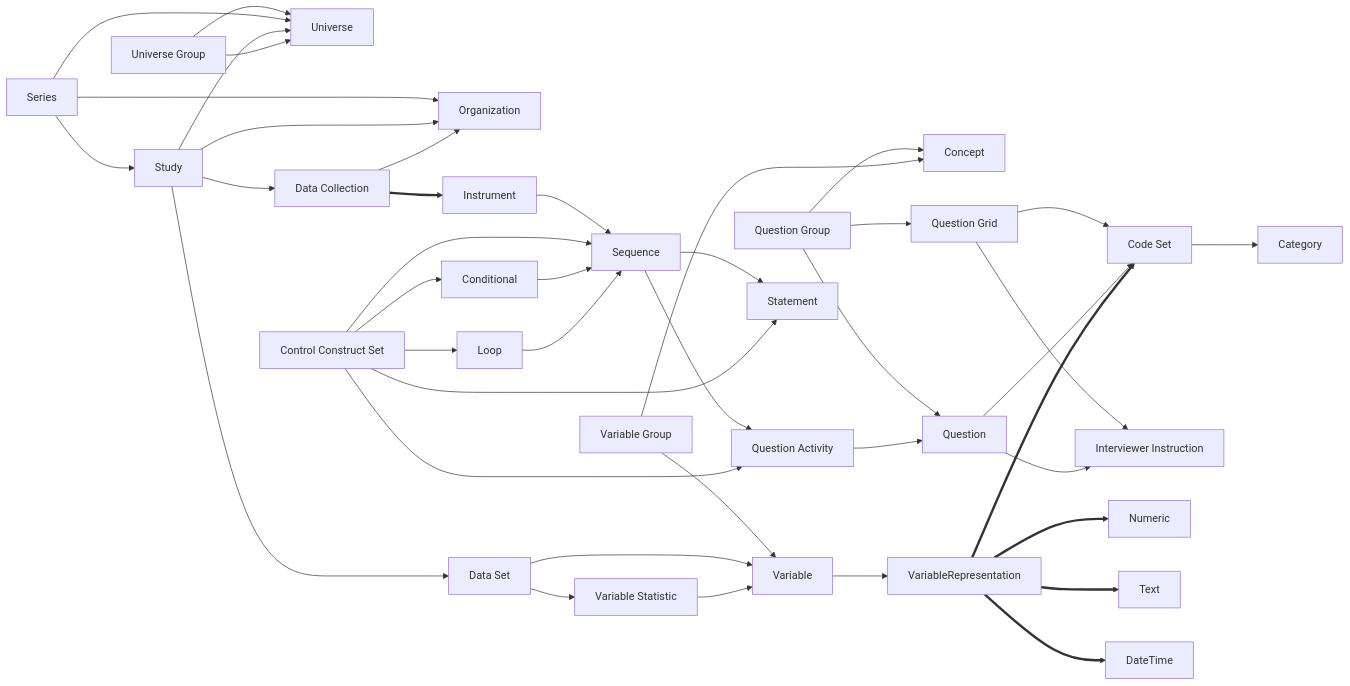
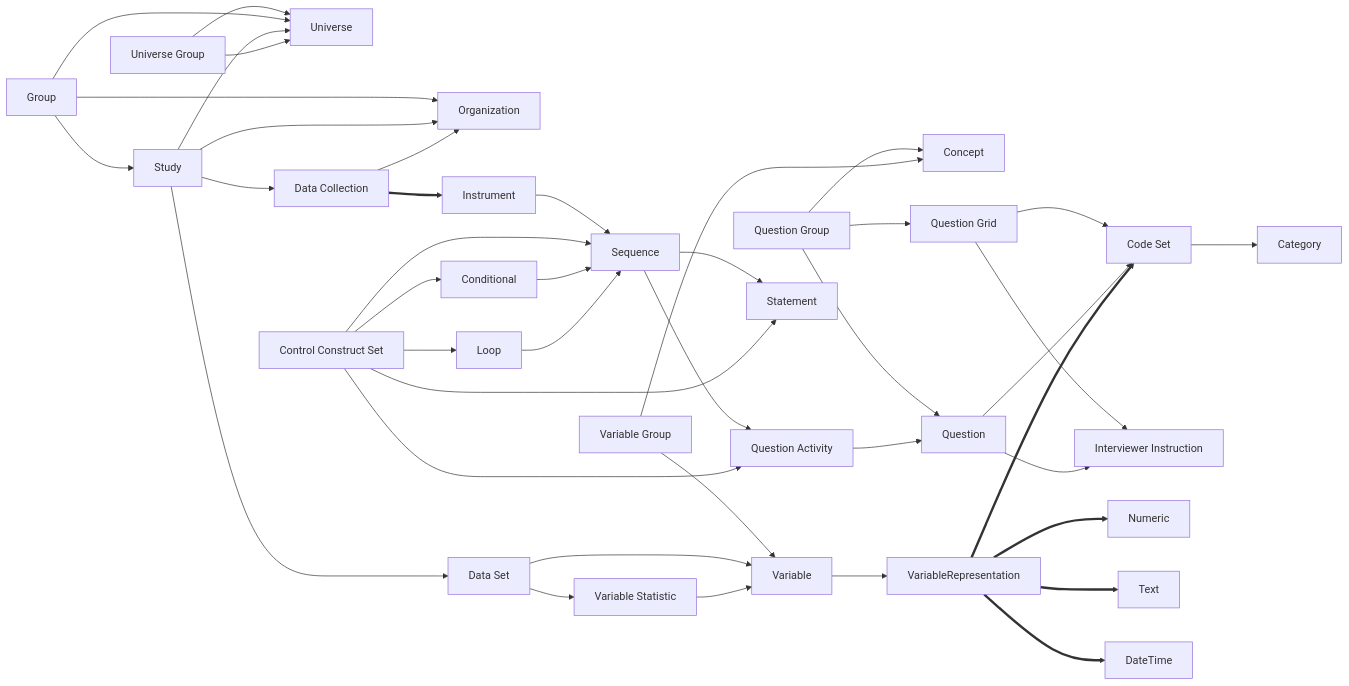
Before and after one commit to CLOSER-Cohorts/colectica-api: the diagram in README.md, drawn with Mermaid.

````diff
--- a/README.md
+++ b/README.md
@@ -30,43 +30,43 @@
 ```mermaid
 graph LR
   QGr[Question Group] --> Concept
   QGr[Question Group] --> Question
   QGr[Question Group] --> QG[Question Grid]
   VG[Variable Group] --> Variable
   VG[Variable Group] --> Concept
   UnG[Universe Group] --> Universe
-  Series --> Organization
-  Series --> Universe
-  Series --> Study
+  Group --> Organization
+  Group --> Universe
+  Group --> Study
   Study --> Organization
   Study --> Universe
   Study --> DaC[Data Collection]
   Study --> DaS[Data Set]
   DaC[Data Collection] --> Organization
   DaC[Data Collection] ==> Instrument
   UnG[Universe Group] --> Universe
   Instrument --> Sequence
   Sequence --> Statement
   Sequence --> QA[Question Activity]
   QA[Question Activity] --> Question
   QG[Question Grid] --> CoS[Code Set]
   QG[Question Grid] --> II[Interviewer Instruction]
   Question --> CoS[Code Set]
   Question --> II[Interviewer Instruction]
   CoS --> Category
   CCS[Control Construct Set] --> Sequence
   Conditional --> Sequence
   CCS[Control Construct Set] --> Conditional
   CCS[Control Construct Set] --> Statement
   CCS[Control Construct Set] --> Loop
   CCS[Control Construct Set] --> QA[Question Activity]
   DaS[Data Set] --> VaS[Variable Statistic]
   DaS[Data Set] --> Variable
   VaS[Variable Statistic] --> Variable
   Variable --> VariableRepresentation
   VariableRepresentation ==> CoS[Code Set]
   VariableRepresentation ==> Numeric
   VariableRepresentation ==> Text
   VariableRepresentation ==> DateTime
   Loop --> Sequence
 ```
````
